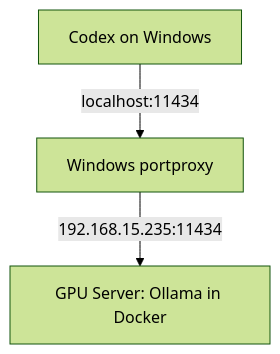
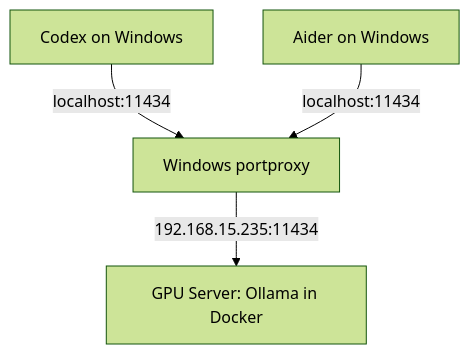
Before and after one commit to a920604a/engineernews: the diagram in src/content/posts/tech/2026-04-20-using-windows-portproxy.md, drawn with Mermaid (forest theme). The commit also changed other lines of this file, not shown here.

Commit message:
update: modify article date and enhance Aider setup instructions for Windows portproxy

````diff
--- a/src/content/posts/tech/2026-04-20-using-windows-portproxy.md
+++ b/src/content/posts/tech/2026-04-20-using-windows-portproxy.md
@@ -160,5 +184,6 @@
 ```mermaid
 flowchart TD
   A[Codex on Windows] -->|localhost:11434| B[Windows portproxy]
+  D[Aider on Windows] -->|localhost:11434| B
   B -->|192.168.15.235:11434| C[GPU Server: Ollama in Docker]
 ```
````
